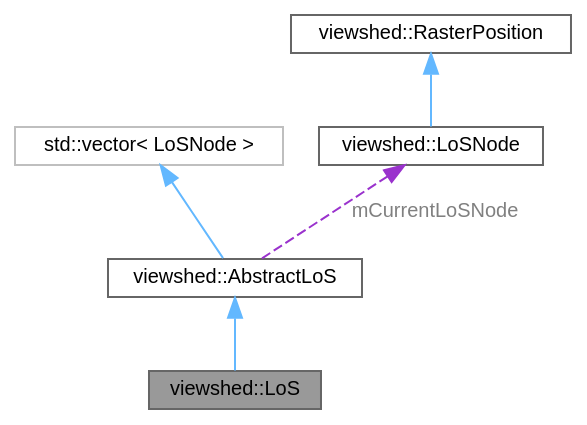
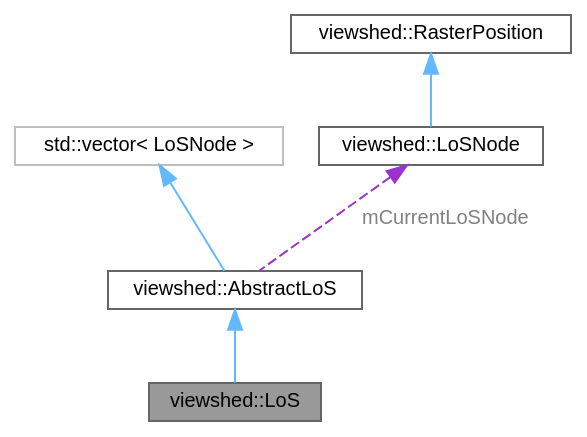
One commit to JanCaha/cpp-viewshed-library changed the diagram in classviewshed_1_1LoS__coll__graph.dot. Above: the diagram before and after it, drawn with Graphviz. The commit also changed 432 other files, not shown here.

```diff
--- a/classviewshed_1_1LoS__coll__graph.dot
+++ b/classviewshed_1_1LoS__coll__graph.dot
@@ -1,16 +1,17 @@
 digraph "viewshed::LoS"
 {
  // LATEX_PDF_SIZE
   bgcolor="transparent";
   edge [fontname=Helvetica,fontsize=10,labelfontname=Helvetica,labelfontsize=10];
   node [fontname=Helvetica,fontsize=10,shape=box,height=0.2,width=0.4];
   Node1 [id="Node000001",label="viewshed::LoS",height=0.2,width=0.4,color="gray40", fillcolor="grey60", style="filled", fontcolor="black",tooltip="Class that represents LoS for classic Viewshed calculation."];
   Node2 -> Node1 [id="edge1_Node000001_Node000002",dir="back",color="steelblue1",style="solid",tooltip=" "];
   Node2 [id="Node000002",label="viewshed::AbstractLoS",height=0.2,width=0.4,color="gray40", fillcolor="white", style="filled",URL="$classviewshed_1_1AbstractLoS.html",tooltip="Abstract class that represent line-of-sight (LoS). Consists of LoSNodes, view point and target point ..."];
   Node3 -> Node2 [id="edge2_Node000002_Node000003",dir="back",color="steelblue1",style="solid",tooltip=" "];
   Node3 [id="Node000003",label="std::vector\< LoSNode \>",height=0.2,width=0.4,color="grey75", fillcolor="white", style="filled",tooltip=" "];
-  Node4 -> Node2 [id="edge3_Node000002_Node000004",dir="back",color="darkorchid3",style="dashed",tooltip=" ",label=" mCurrentLoSNode",fontcolor="grey" ];
+  Node4 -> Node2 [id="edge3_Node000002_Node000004",dir="back",color="darkorchid3",style="dashed",tooltip=" ",label=<<TABLE CELLBORDER="0" BORDER="0"><TR><TD VALIGN="top" ALIGN="LEFT" CELLPADDING="1" CELLSPACING="0">mCurrentLoSNode</TD></TR>
+</TABLE>> ,fontcolor="grey" ];
   Node4 [id="Node000004",label="viewshed::LoSNode",height=0.2,width=0.4,color="gray40", fillcolor="white", style="filled",URL="$classviewshed_1_1LoSNode.html",tooltip="Representation of single cell that creates a point on LoS."];
   Node5 -> Node4 [id="edge4_Node000004_Node000005",dir="back",color="steelblue1",style="solid",tooltip=" "];
   Node5 [id="Node000005",label="viewshed::RasterPosition",height=0.2,width=0.4,color="gray40", fillcolor="white", style="filled",URL="$classviewshed_1_1RasterPosition.html",tooltip="Class to represent position on raster in term of row and column."];
 }
```
